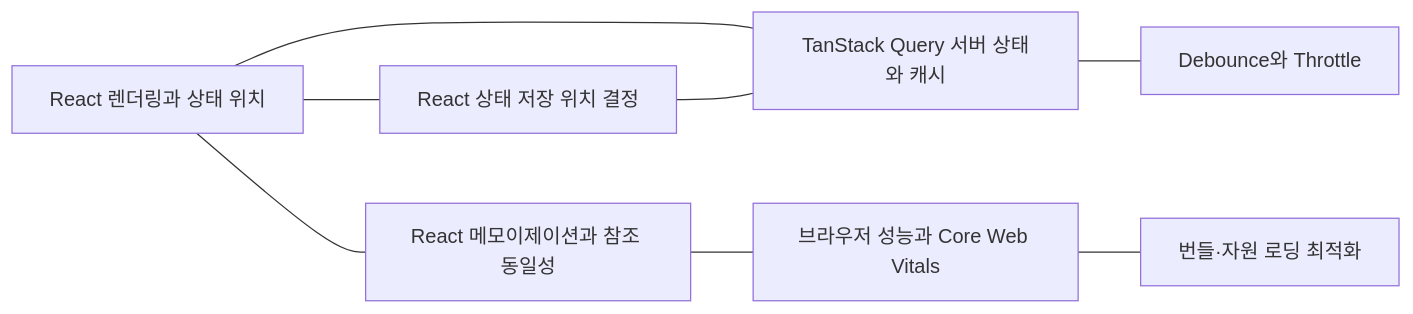
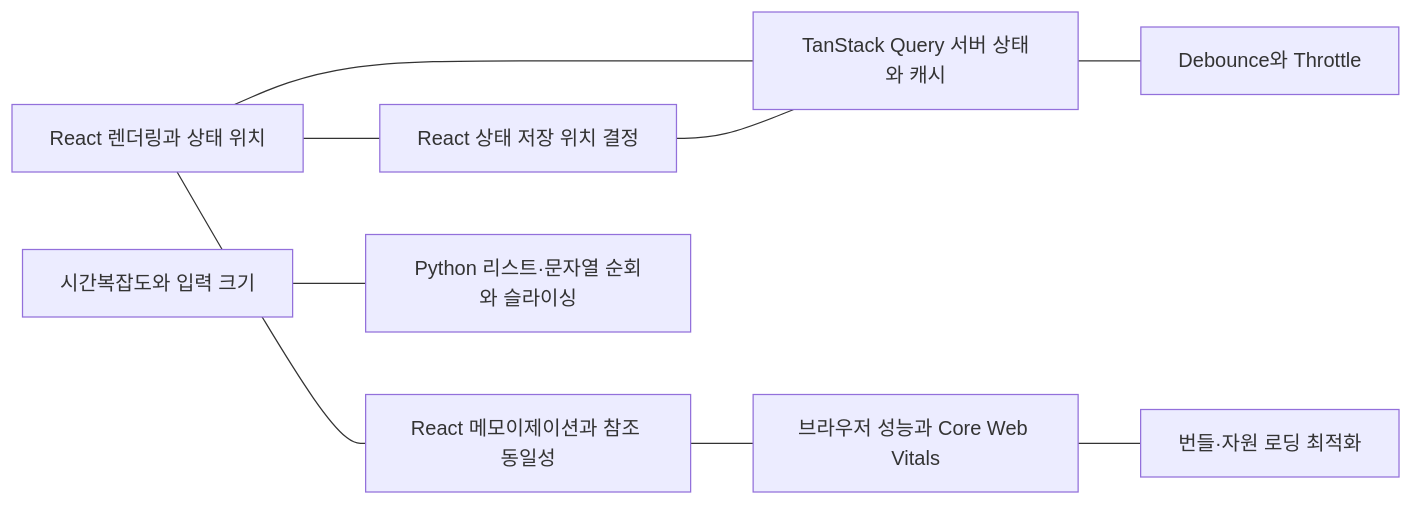
The diagram in README.md (Dev-SangWoo/my-dev-wiki), drawn with Mermaid before and after one commit.

Commit message:
알고리즘 지식 연결을 그래프에 반영

````diff
--- a/README.md
+++ b/README.md
@@ -15,18 +15,21 @@
 ```mermaid
 graph LR
     rendering["React 렌더링과 상태 위치"]
     state["React 상태 저장 위치 결정"]
     memo["React 메모이제이션과 참조 동일성"]
     query["TanStack Query 서버 상태와 캐시"]
     debounce["Debounce와 Throttle"]
     browser["브라우저 성능과 Core Web Vitals"]
     loading["번들·자원 로딩 최적화"]
+    complexity["시간복잡도와 입력 크기"]
+    pylist["Python 리스트·문자열 순회와 슬라이싱"]
 
     rendering --- state
     rendering --- memo
     rendering --- query
     state --- query
     query --- debounce
     memo --- browser
     browser --- loading
+    complexity --- pylist
 ```
````
